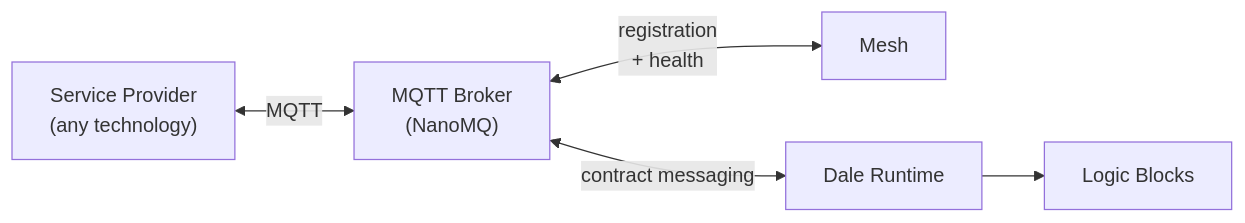
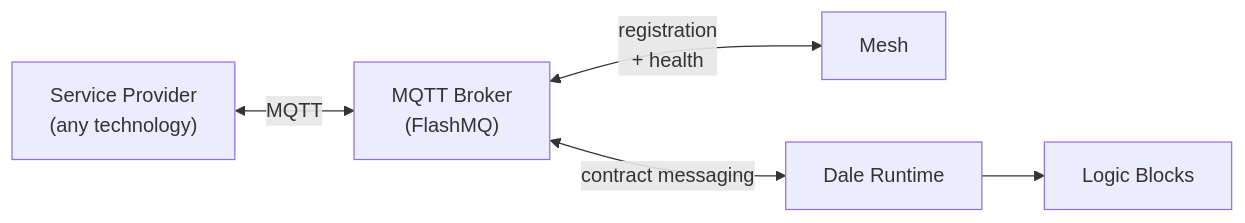
One commit to VION-IoT/documentation changed the first of 2 diagrams in docs/sdk/service-provider-protocol.md. Above: the diagram before and after it, drawn with Mermaid. The commit also changed other lines of this file and 1 other file, not shown here.

Commit message:
Update the service-provider protocol for FlashMQ — credentials minted fresh and verified live per request instead of applied by a broker restart, per-delivery ACL isolation replacing the wildcard-subscribe rule, identifier charset and reserved names

````diff
--- a/docs/sdk/service-provider-protocol.md
+++ b/docs/sdk/service-provider-protocol.md
@@ -17,7 +17,7 @@
 ```mermaid
 graph LR
-  SP["Service Provider<br/>(any technology)"] <-->|MQTT| B["MQTT Broker<br/>(NanoMQ)"]
+  SP["Service Provider<br/>(any technology)"] <-->|MQTT| B["MQTT Broker<br/>(FlashMQ)"]
   B <-->|registration<br/>+ health| M["Mesh"]
   B <-->|contract messaging| D["Dale Runtime"]
   D --> LB["Logic Blocks"]
 ```
````
